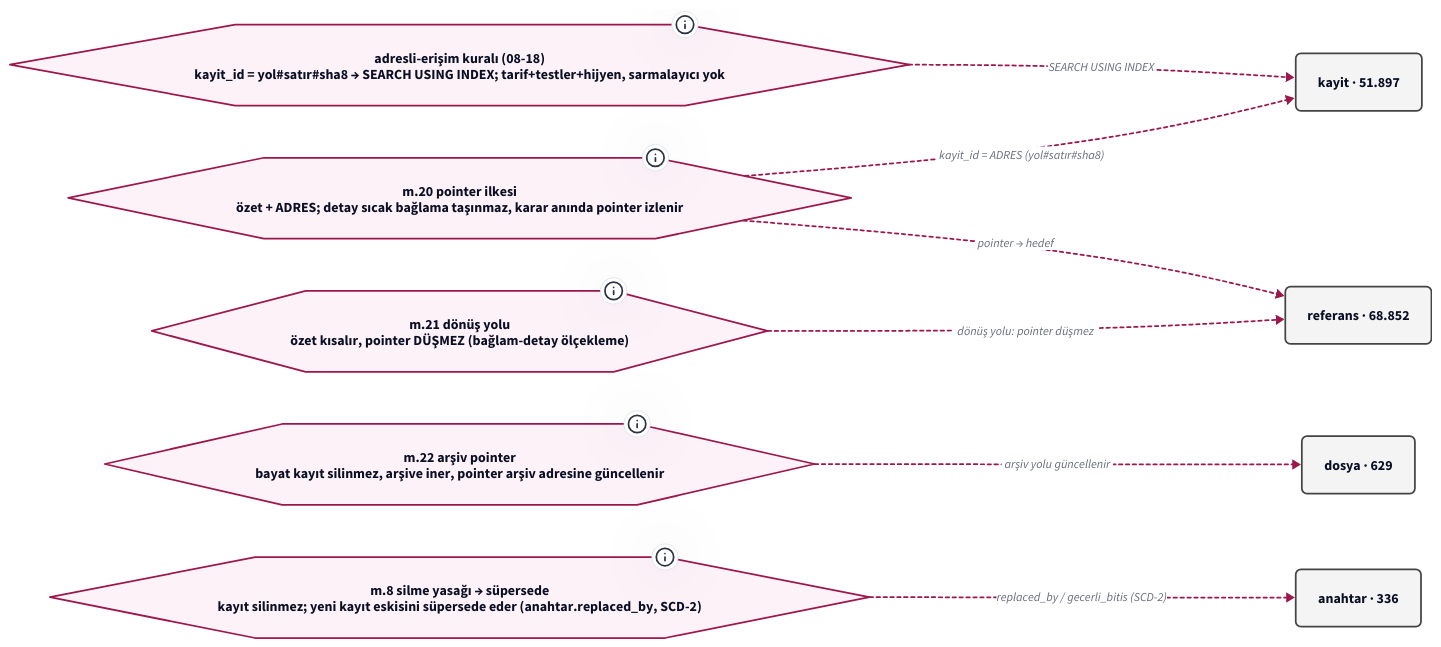
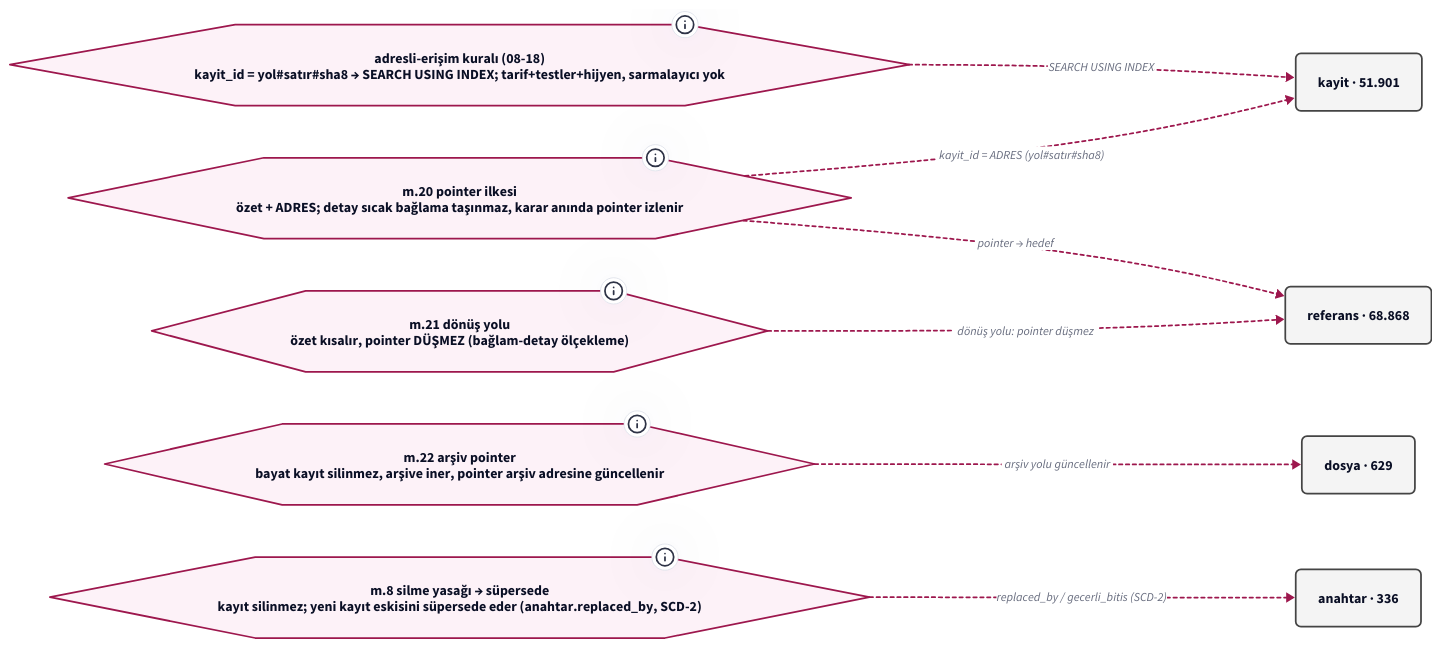
The diagram in graf/pointer-sistemi-v0-ilke.d2 (salihsahinin/sistem), drawn with D2 before and after one commit. The commit also changed 46 other files, not shown here.

```diff
--- a/graf/pointer-sistemi-v0-ilke.d2
+++ b/graf/pointer-sistemi-v0-ilke.d2
@@ -1,33 +1,33 @@
 # Jarvis POINTER SİSTEMİ — POINTER İLKESİ → MEKANİZMA (pano 3/4) (türetilmiş görünüm; ham kaynak silver/bronz)
-# üretici: tools/pointer-graf.py · silver bdc6584 · HEAD bdc6584 · d2 v0.8.1-HEAD · render: d2 --layout=elk (ELK bundled; TALA girmez; determinizm yerel sha256 ile ölçülür — Karar 65)
+# üretici: tools/pointer-graf.py · silver 145f72d · HEAD 145f72d · d2 v0.8.1-HEAD · render: d2 --layout=elk (ELK bundled; TALA girmez; determinizm yerel sha256 ile ölçülür — Karar 65)
 # içerik katmanı: düğüm/kenar = silver'dan script türetimi (LLM yazmaz); ilke/kronoloji = kanon SABİTİ (pointer'lı, script içinde); yorum katmanı = bu # satırları
 direction: right
 classes: {
   kutu: { style: { fill: "#F4F4F4"; stroke: "#444444"; font-size: 16; border-radius: 6 } }
   pointer: { style: { fill: "#E8F0FE"; stroke: "#1A56DB"; border-radius: 6 } }
   anahtar: { style: { fill: "#FFF4E5"; stroke: "#B45309"; border-radius: 6 } }
   hat: { style: { fill: "#ECFDF5"; stroke: "#047857"; bold: true; border-radius: 6 } }
   ilke: { shape: hexagon; style: { fill: "#FDF2F8"; stroke: "#9D174D" } }
   kron: { shape: page; style: { fill: "#FFFFFF"; stroke: "#6B7280" } }
   dis: { shape: cloud; style: { fill: "#FAFAFA"; stroke: "#9CA3AF" } }
   kirik: { style: { stroke: "#DC2626"; stroke-dash: 3; font-size: 14 } }
   supersede: { style: { stroke: "#B45309"; stroke-dash: 5 } }
   fk: { style: { stroke: "#444444"; font-size: 14 } }
   turetir: { style: { stroke: "#047857"; stroke-width: 3 } }
   uygular: { style: { stroke: "#9D174D"; stroke-dash: 2; font-size: 14 } }
 }
 adres: "adresli-erişim kuralı (08-18)\nkayit_id = yol#satır#sha8 → SEARCH USING INDEX; tarif+testler+hijyen, sarmalayıcı yok" { class: ilke; tooltip: "KILAVUZ.md tasarım-ilkeleri · kuyruk/senaryo-defteri.md Karar 62" }
 m20: "m.20 pointer ilkesi\nözet + ADRES; detay sıcak bağlama taşınmaz, karar anında pointer izlenir" { class: ilke; tooltip: "core/tuzuk-v0.md m.20 · wiki/pointer-sistemi.md" }
 m21: "m.21 dönüş yolu\nözet kısalır, pointer DÜŞMEZ (bağlam-detay ölçekleme)" { class: ilke; tooltip: "core/tuzuk-v0.md m.21" }
 m22: "m.22 arşiv pointer\nbayat kayıt silinmez, arşive iner, pointer arşiv adresine güncellenir" { class: ilke; tooltip: "core/tuzuk-v0.md m.22" }
 m8: "m.8 silme yasağı → süpersede\nkayıt silinmez; yeni kayıt eskisini süpersede eder (anahtar.replaced_by, SCD-2)" { class: ilke; tooltip: "core/tuzuk-v0.md m.8 · core/baglam-anahtar-kaydi.md §3" }
-kayit: "kayit · 51.897" { class: kutu }
-referans: "referans · 68.852" { class: kutu }
+kayit: "kayit · 51.901" { class: kutu }
+referans: "referans · 68.868" { class: kutu }
 dosya: "dosya · 629" { class: kutu }
 anahtar: "anahtar · 336" { class: kutu }
 adres -> kayit: "SEARCH USING INDEX" { class: uygular }
 m20 -> kayit: "kayit_id = ADRES (yol#satır#sha8)" { class: uygular }
 m20 -> referans: "pointer → hedef" { class: uygular }
 m21 -> referans: "dönüş yolu: pointer düşmez" { class: uygular }
 m22 -> dosya: "arşiv yolu güncellenir" { class: uygular }
 m8 -> anahtar: "replaced_by / gecerli_bitis (SCD-2)" { class: uygular }
```
